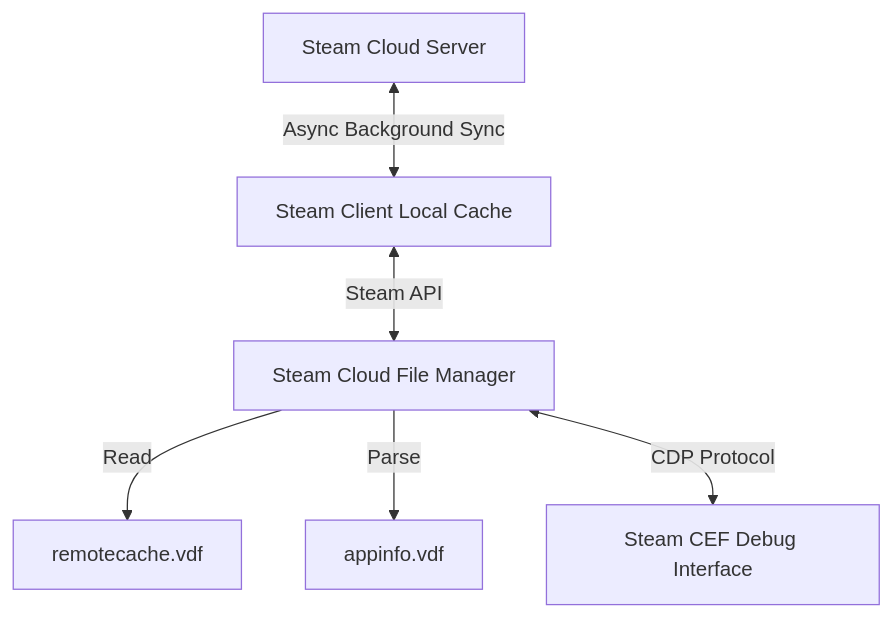
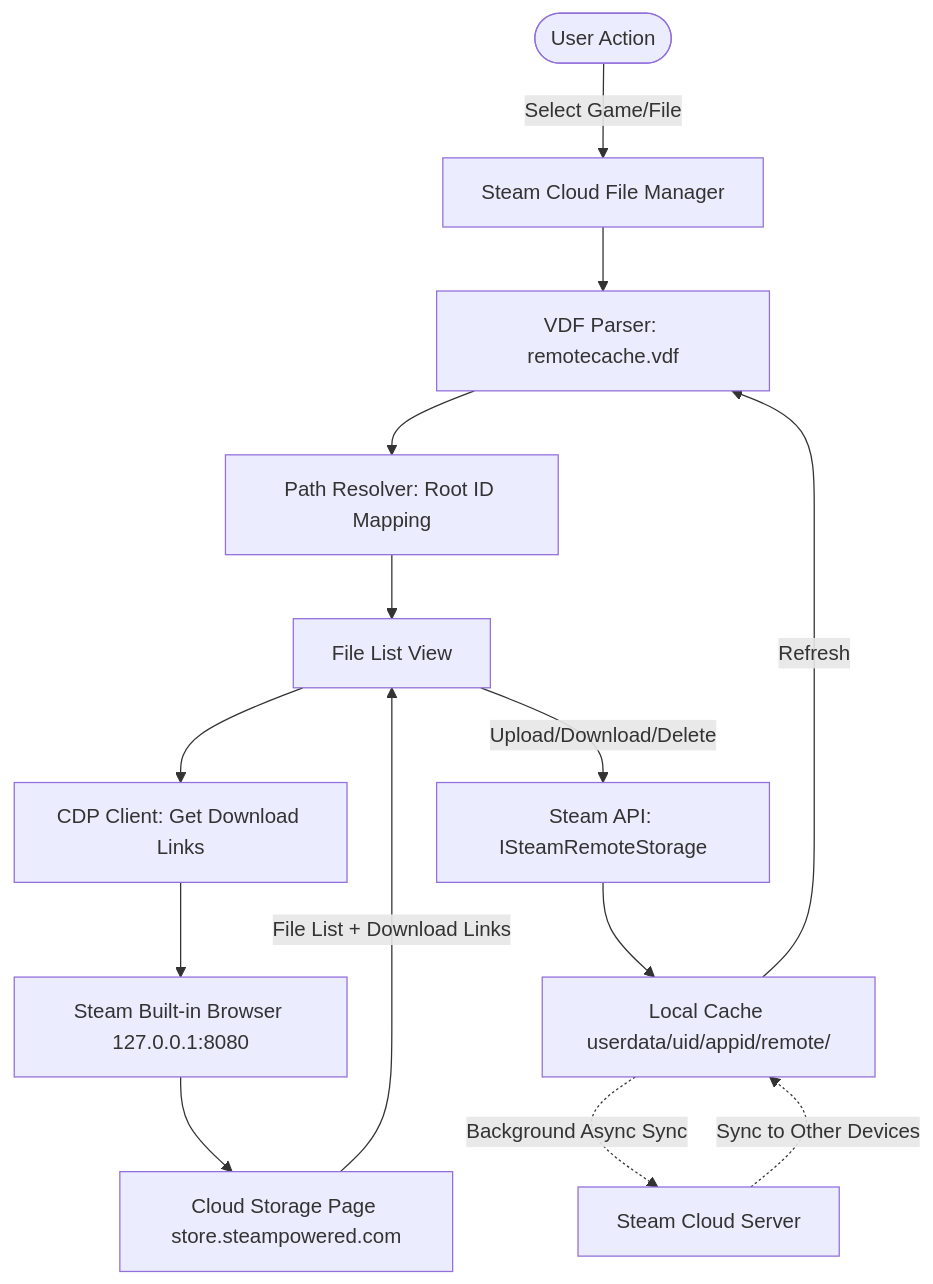
The first of 2 diagrams in README.en.md (Fldicoahkiin/SteamCloudFileManager), drawn with Mermaid before and after one commit. The commit also changed other lines of this file and 1 other file, not shown here.

````diff
--- a/README.en.md
+++ b/README.en.md
@@ -241,8 +241,16 @@
 ```mermaid
 graph TD
-    A[Steam Cloud Server] <-->|Async Background Sync| B[Steam Client Local Cache]
-    B <-->|Steam API| C[Steam Cloud File Manager]
-    C -->|Read| D[remotecache.vdf]
-    C -->|Parse| E[appinfo.vdf]
-    C <-->|CDP Protocol| F[Steam CEF Debug Interface]
+    User([User Action]) -->|Select Game/File| App[Steam Cloud File Manager]
+    App --> VDF["VDF Parser: remotecache.vdf"]
+    VDF --> PathResolver["Path Resolver: Root ID Mapping"]
+    PathResolver --> FileList[File List View]
+    FileList --> CDP["CDP Client: Get Download Links"]
+    CDP --> SteamBrowser["Steam Built-in Browser 127.0.0.1:8080"]
+    SteamBrowser --> CloudPage["Cloud Storage Page store.steampowered.com"]
+    CloudPage -->|File List + Download Links| FileList
+    FileList -->|Upload/Download/Delete| SteamAPI["Steam API: ISteamRemoteStorage"]
+    SteamAPI --> LocalCache["Local Cache userdata/uid/appid/remote/"]
+    LocalCache -.->|Background Async Sync| CloudServer[Steam Cloud Server]
+    CloudServer -.->|Sync to Other Devices| LocalCache
+    LocalCache -->|Refresh| VDF
 ```
````
